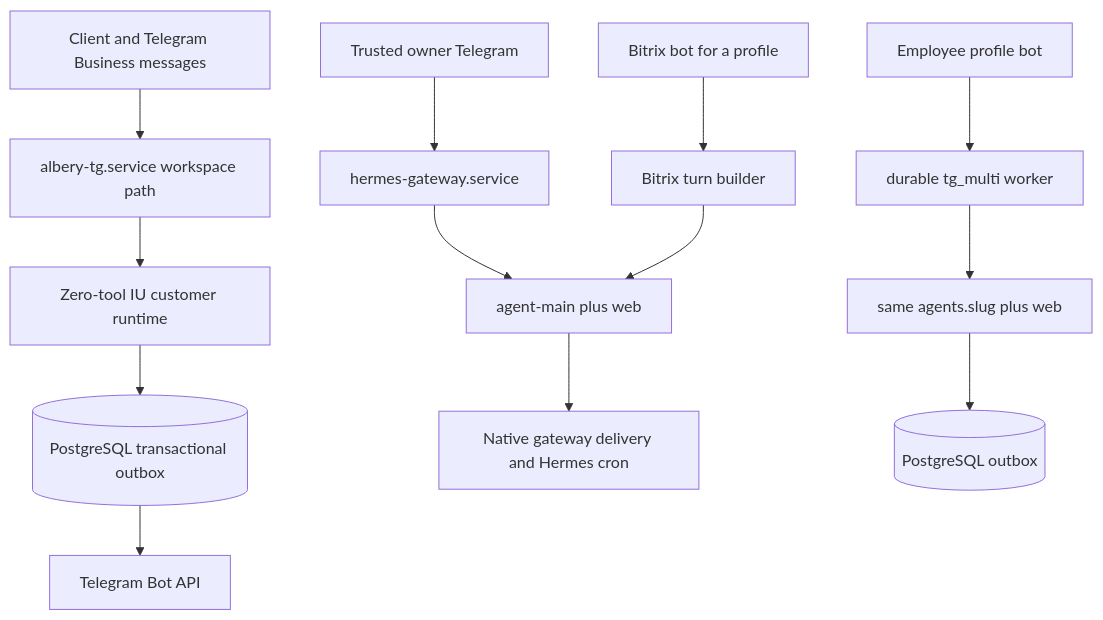
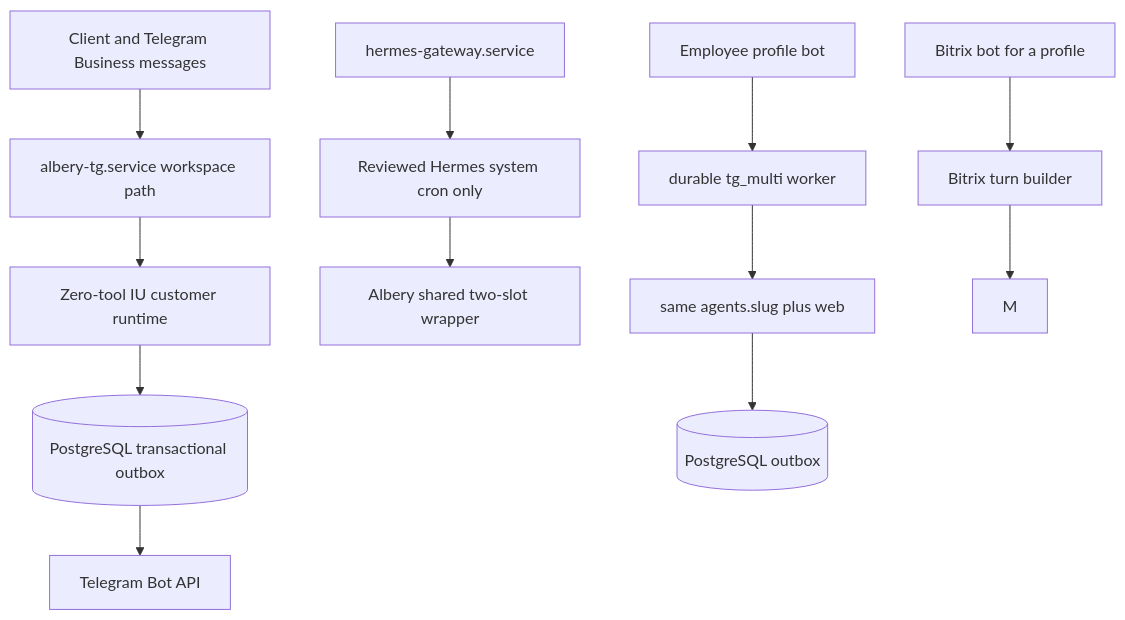
The third of 5 diagrams in docs/audit/architecture/CURRENT.md (xotizwf-create/Albery), drawn with Mermaid before and after one commit. The commit also changed other lines of this file and 5 other files, not shown here.

````diff
--- a/docs/audit/architecture/CURRENT.md
+++ b/docs/audit/architecture/CURRENT.md
@@ -100,18 +100,17 @@
 ```mermaid
 flowchart TD
     C[Client and Telegram Business messages] --> W[albery-tg.service workspace path]
     W --> Z[Zero-tool IU customer runtime]
     Z --> O[(PostgreSQL transactional outbox)]
     O --> API[Telegram Bot API]
 
-    T[Trusted owner Telegram] --> G[hermes-gateway.service]
-    G --> M[agent-main plus web]
-    M --> GD[Native gateway delivery and Hermes cron]
+    G[hermes-gateway.service] --> GD[Reviewed Hermes system cron only]
+    GD --> GL[Albery shared two-slot wrapper]
 
     X[Employee profile bot] --> P[durable tg_multi worker]
     P --> A[same agents.slug plus web]
     A --> DS[(PostgreSQL outbox)]
 
     BA[Bitrix bot for a profile] --> BP[Bitrix turn builder]
     BP --> M
 ```
````
